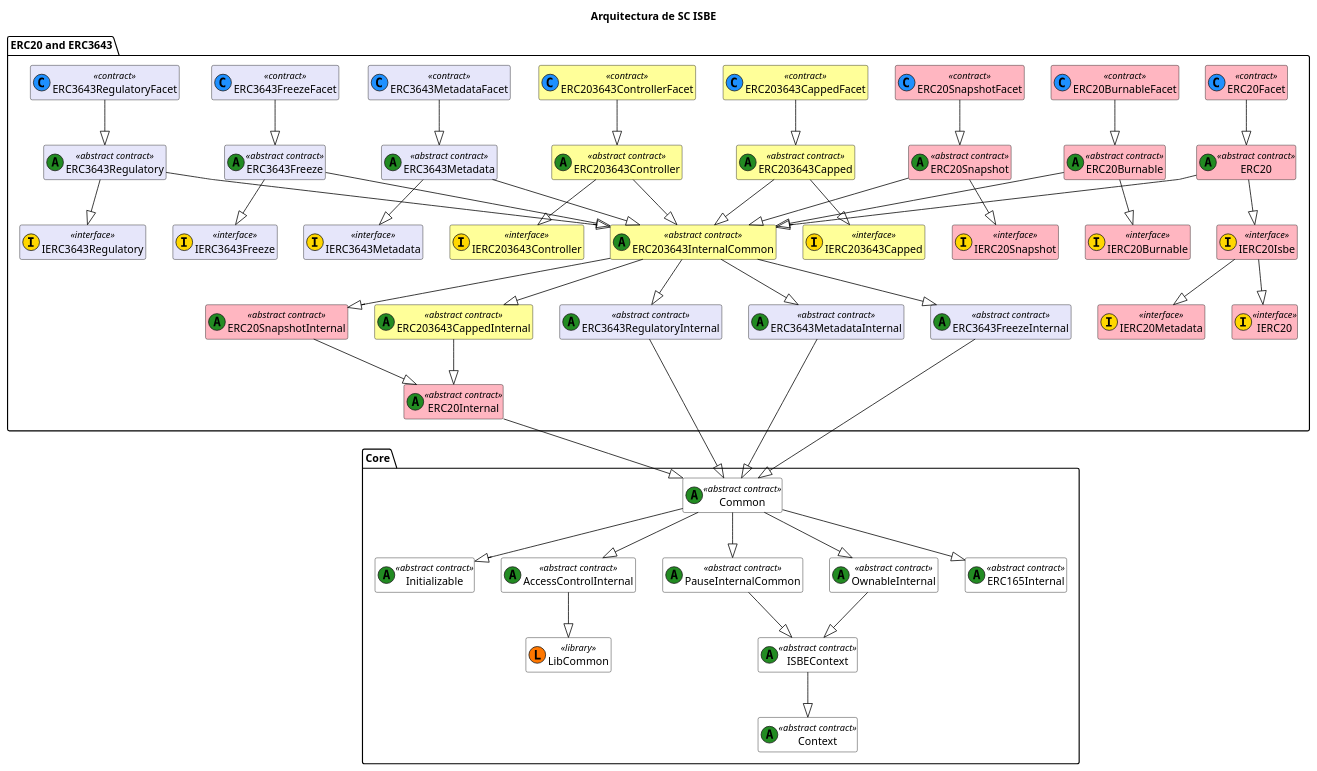
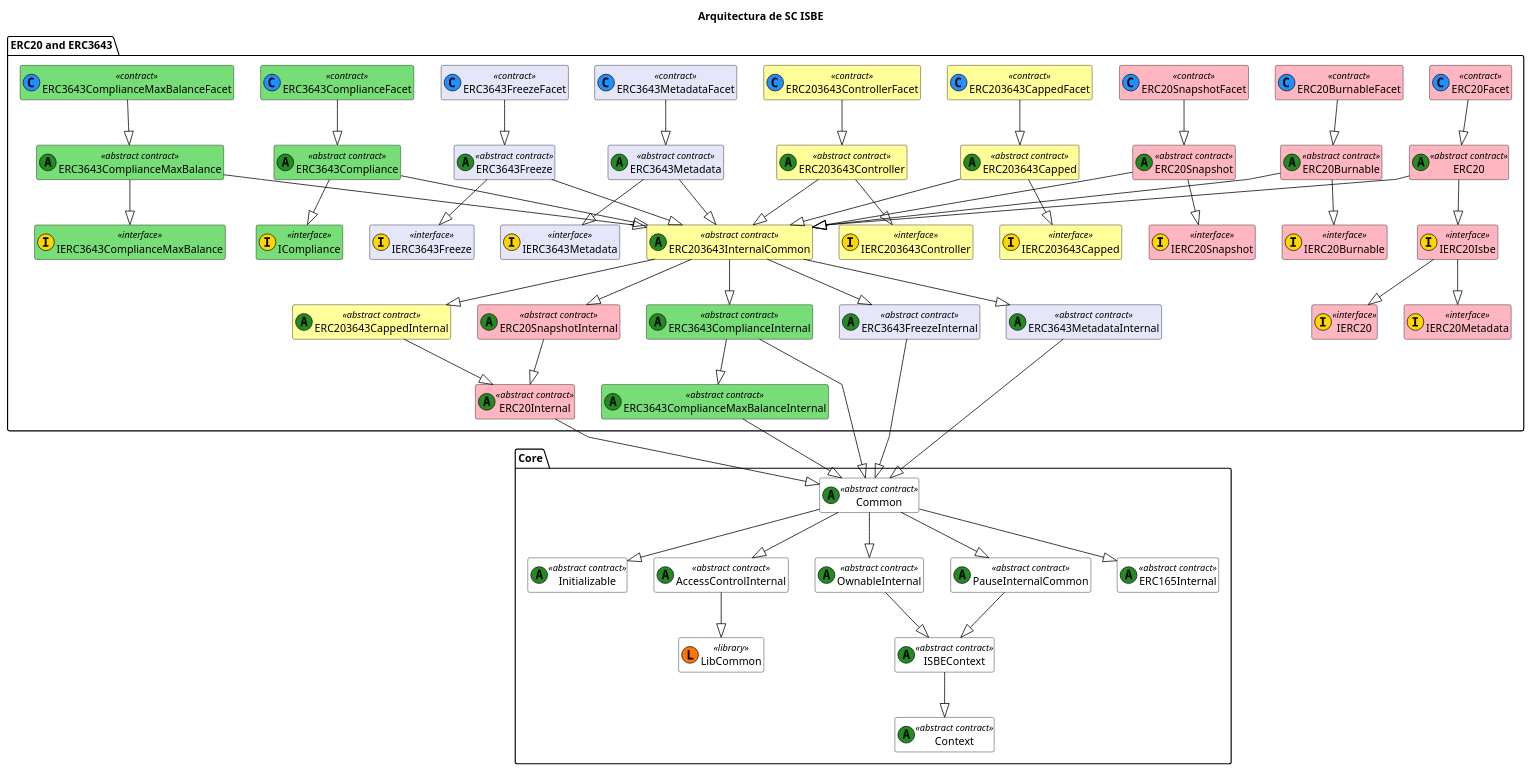
Before and after one commit to red-isbe/isbe-contracts: the diagram in docs/diagrams/ISBE-SC-UML-Global-Functional_3.puml, drawn with PlantUML. The commit also changed 26 other files, not shown here.

Commit message:
Regulatory not needed because we do not use onchainid or compliance external contracts, recovery modified to do not use onchainid

```diff
--- a/docs/diagrams/ISBE-SC-UML-Global-Functional_3.puml
+++ b/docs/diagrams/ISBE-SC-UML-Global-Functional_3.puml
@@ -1,151 +1,160 @@
 @startuml
 title Arquitectura de SC ISBE
 
 skinparam class {
     BackgroundColor White
     ArrowColor Black
     BorderColor Black
 }
 skinparam linetype polyline
 hide empty members
 
 ' === CORE ===
 package "Core" {
     class Initializable <<(A,#228b22) abstract contract>>
     class Common <<(A,#228b22) abstract contract>>
     class LibCommon << (L,#FF7700) library >>
     class ISBEContext <<(A,#228b22) abstract contract>>
     class AccessControlInternal <<(A,#228b22) abstract contract>> 
     class PauseInternalCommon <<(A,#228b22) abstract contract>> 
     class OwnableInternal <<(A,#228b22) abstract contract>> 
     class ERC165Internal <<(A,#228b22) abstract contract>>
     class Context <<(A,#228b22) abstract contract>>
 
     Common --|> Initializable
     Common --|> ERC165Internal
     Common --|> AccessControlInternal
     Common --|> OwnableInternal
     Common --|> PauseInternalCommon
     PauseInternalCommon --|> ISBEContext
     OwnableInternal --|> ISBEContext
     ISBEContext --|> Context
     AccessControlInternal --|> LibCommon
 }
 
 
 
 
 ' === ERC20 and ERC3643 ===
 package "ERC20 and ERC3643" {
     class IERC20 <<(I,#FFD700) interface>> #FFB6C1
     class IERC20Metadata <<(I,#FFD700) interface>> #FFB6C1
     class IERC20Isbe <<(I,#FFD700) interface>> #FFB6C1
     class IERC20Burnable <<(I,#FFD700) interface>> #FFB6C1
     class IERC20Snapshot <<(I,#FFD700) interface>> #FFB6C1
     class IERC203643Capped <<(I,#FFD700) interface>> #FFFF99
     class IERC203643Controller <<(I,#FFD700) interface>> #FFFF99
     
 
     class ERC20 <<(A,#228B22) abstract contract>> #FFB6C1
     class ERC20Facet <<(C,#1E90FF) contract>> #FFB6C1
     class ERC20Internal <<(A,#228B22) abstract contract>> #FFB6C1
 
     class ERC20Burnable <<(A,#228B22) abstract contract>> #FFB6C1
     class ERC20BurnableFacet <<(C,#1E90FF) contract>> #FFB6C1
 
     class ERC20Snapshot <<(A,#228B22) abstract contract>> #FFB6C1
     class ERC20SnapshotFacet <<(C,#1E90FF) contract>> #FFB6C1
     class ERC20SnapshotInternal <<(A,#228B22) abstract contract>> #FFB6C1
 
     class ERC203643Capped <<(A,#228B22) abstract contract>> #FFFF99
     class ERC203643CappedFacet <<(C,#1E90FF) contract>> #FFFF99
     class ERC203643CappedInternal <<(A,#228B22) abstract contract>> #FFFF99
 
     class ERC203643Controller <<(A,#228B22) abstract contract>> #FFFF99
     class ERC203643ControllerFacet <<(C,#1E90FF) contract>> #FFFF99
 
     
 
     ERC20 --|> IERC20Isbe
     IERC20Isbe --|> IERC20
     IERC20Isbe --|> IERC20Metadata
     
   
     ERC20Internal --|> Common
     ERC20Facet --|> ERC20
 
     ERC20Burnable --|> IERC20Burnable
     ERC20BurnableFacet --|> ERC20Burnable
 
     ERC203643Capped --|> IERC203643Capped
     ERC203643CappedFacet --|> ERC203643Capped
     ERC203643CappedInternal --|> ERC20Internal
 
     ERC203643Controller --|> IERC203643Controller
     ERC203643ControllerFacet --|> ERC203643Controller
 
     ERC20Snapshot --|> IERC20Snapshot
     ERC20SnapshotFacet --|> ERC20Snapshot
     ERC20SnapshotInternal --|> ERC20Internal
 
 
 
     ' --- Metadata ---
     class IERC3643Metadata <<(I,#FFD700) interface>> #E6E6FA
     class ERC3643MetadataInternal <<(A,#228B22) abstract contract>> #E6E6FA
     class ERC3643Metadata <<(A,#228B22) abstract contract>> #E6E6FA
     class ERC3643MetadataFacet <<(C,#1E90FF) contract>> #E6E6FA
 
     ERC3643MetadataFacet --|> ERC3643Metadata 
     ERC3643Metadata --|> IERC3643Metadata   
     ERC3643MetadataInternal --|> Common 
 
 
     ' --- Freeze ---
     class IERC3643Freeze <<(I,#FFD700) interface>> #E6E6FA
     class ERC3643FreezeInternal <<(A,#228B22) abstract contract>> #E6E6FA
     class ERC3643Freeze <<(A,#228B22) abstract contract>> #E6E6FA
     class ERC3643FreezeFacet <<(C,#1E90FF) contract>> #E6E6FA
 
     ERC3643FreezeFacet --|> ERC3643Freeze
     ERC3643Freeze --|> IERC3643Freeze  
     ERC3643FreezeInternal --|> Common 
+
+    ' --- Compliance---
+    class ICompliance <<(I,#FFD700) interface>> #77DD77
+    class ERC3643ComplianceInternal <<(A,#228B22) abstract contract>> #77DD77
+    class ERC3643Compliance <<(A,#228B22) abstract contract>> #77DD77
+    class ERC3643ComplianceFacet <<(C,#1E90FF) contract>> #77DD77
     
-    ' --- Regulatory Infrastructure ---
-    class IERC3643Regulatory <<(I,#FFD700) interface>> #E6E6FA
-    class ERC3643RegulatoryInternal <<(A,#228B22) abstract contract>> #E6E6FA
-    class ERC3643Regulatory <<(A,#228B22) abstract contract>> #E6E6FA
-    class ERC3643RegulatoryFacet <<(C,#1E90FF) contract>> #E6E6FA
+    ERC3643ComplianceFacet --|> ERC3643Compliance
+    ERC3643Compliance --|> ICompliance   
+    ERC3643ComplianceInternal --|> Common
+
+    ' --- Compliance Max Balance---
+    class IERC3643ComplianceMaxBalance <<(I,#FFD700) interface>> #77DD77
+    class ERC3643ComplianceMaxBalanceInternal <<(A,#228B22) abstract contract>> #77DD77
+    class ERC3643ComplianceMaxBalance <<(A,#228B22) abstract contract>> #77DD77
+    class ERC3643ComplianceMaxBalanceFacet <<(C,#1E90FF) contract>> #77DD77
     
-    ERC3643RegulatoryFacet --|> ERC3643Regulatory
-    ERC3643Regulatory --|> IERC3643Regulatory   
-    ERC3643RegulatoryInternal --|> Common
+    ERC3643ComplianceMaxBalanceFacet --|> ERC3643ComplianceMaxBalance
+    ERC3643ComplianceMaxBalance --|> IERC3643ComplianceMaxBalance 
+    ERC3643ComplianceMaxBalanceInternal --|> Common
 
+    ERC3643ComplianceInternal --|> ERC3643ComplianceMaxBalanceInternal 
     
 
     ' --- ERC203643 Internal Common ---
     class ERC203643InternalCommon <<(A,#228B22) abstract contract>> #FFFF99
     ERC203643InternalCommon --|> ERC20SnapshotInternal
     ERC203643InternalCommon --|> ERC203643CappedInternal
-
-    ERC203643InternalCommon --|> ERC3643RegulatoryInternal
     ERC203643InternalCommon --|> ERC3643FreezeInternal
     ERC203643InternalCommon --|> ERC3643MetadataInternal 
+    ERC203643InternalCommon --|> ERC3643ComplianceInternal
 
 
-
-
-    
- 
     ERC3643Metadata --|> ERC203643InternalCommon
-    ERC3643Regulatory --|> ERC203643InternalCommon
     ERC3643Freeze --|> ERC203643InternalCommon
-
     ERC20 --|> ERC203643InternalCommon
     ERC20Burnable --|> ERC203643InternalCommon
     ERC203643Capped --|> ERC203643InternalCommon
     ERC203643Controller --|> ERC203643InternalCommon
     ERC20Snapshot --|> ERC203643InternalCommon
+    ERC3643Compliance --|> ERC203643InternalCommon
+    ERC3643ComplianceMaxBalance --|> ERC203643InternalCommon
+
+    
+
 
 }
 @enduml
```
